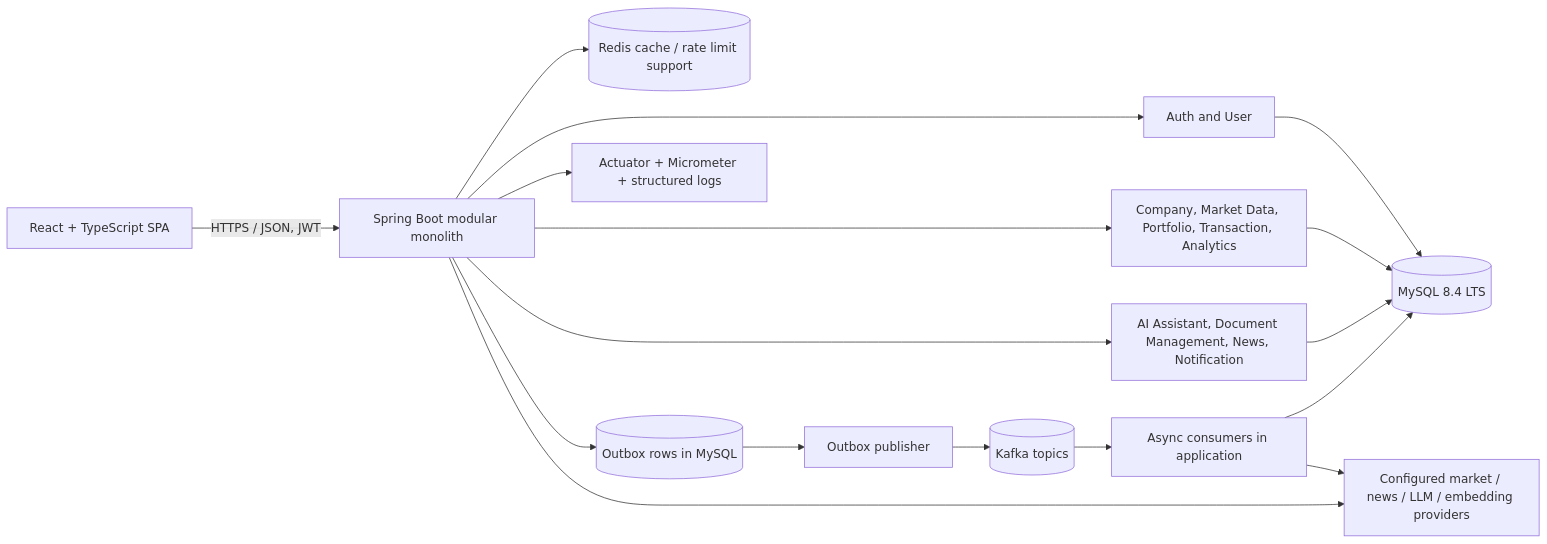
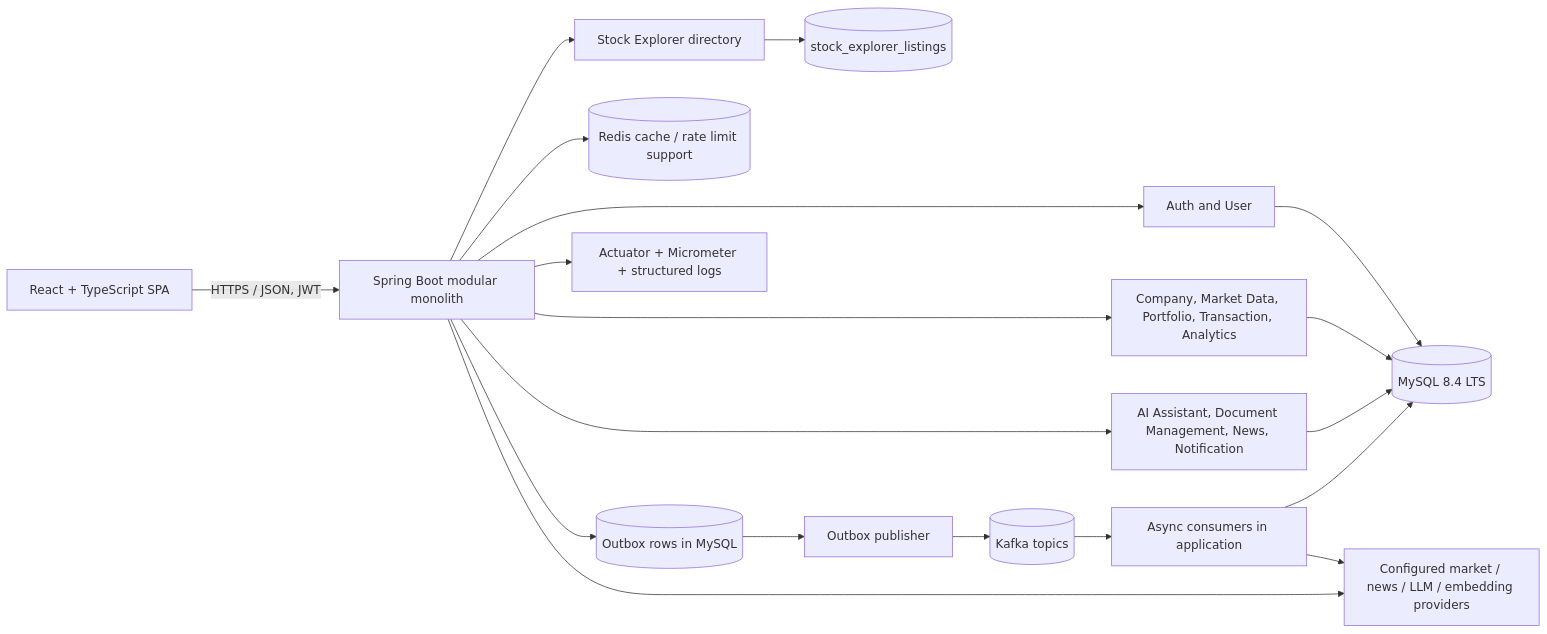
One commit to AshishShewale333/FinSight-AI changed the first of 4 diagrams in outputs/FinSight-AI-Architecture-and-Roadmap.md. Above: the diagram before and after it, drawn with Mermaid. The commit also changed other lines of this file and 2 other files, not shown here.

````diff
--- a/outputs/FinSight-AI-Architecture-and-Roadmap.md
+++ b/outputs/FinSight-AI-Architecture-and-Roadmap.md
@@ -21,19 +23,21 @@
 ```mermaid
 flowchart LR
   Web[React + TypeScript SPA] -->|HTTPS / JSON, JWT| API[Spring Boot modular monolith]
   API --> Auth[Auth and User]
   API --> Product[Company, Market Data, Portfolio, Transaction, Analytics]
+  API --> Explorer[Stock Explorer directory]
   API --> Intelligence[AI Assistant, Document Management, News, Notification]
   Auth --> DB[(MySQL 8.4 LTS)]
   Product --> DB
+  Explorer --> Listings[(stock_explorer_listings)]
   Intelligence --> DB
   API --> Redis[(Redis cache / rate limit support)]
   API --> Outbox[(Outbox rows in MySQL)]
   Outbox --> Relay[Outbox publisher]
   Relay --> Kafka[(Kafka topics)]
   Kafka --> Workers[Async consumers in application]
   Workers --> DB
   Workers --> Providers[Configured market / news / LLM / embedding providers]
   API --> Providers
   API --> Obs[Actuator + Micrometer + structured logs]
 ```
````
